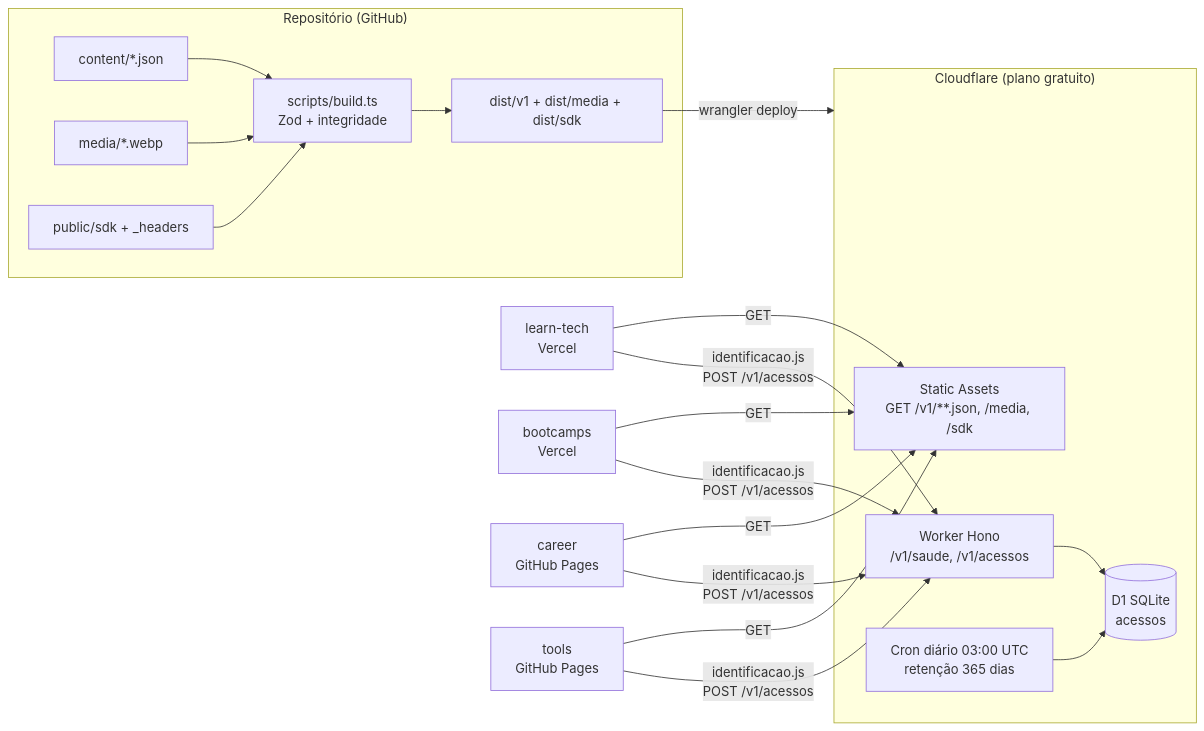
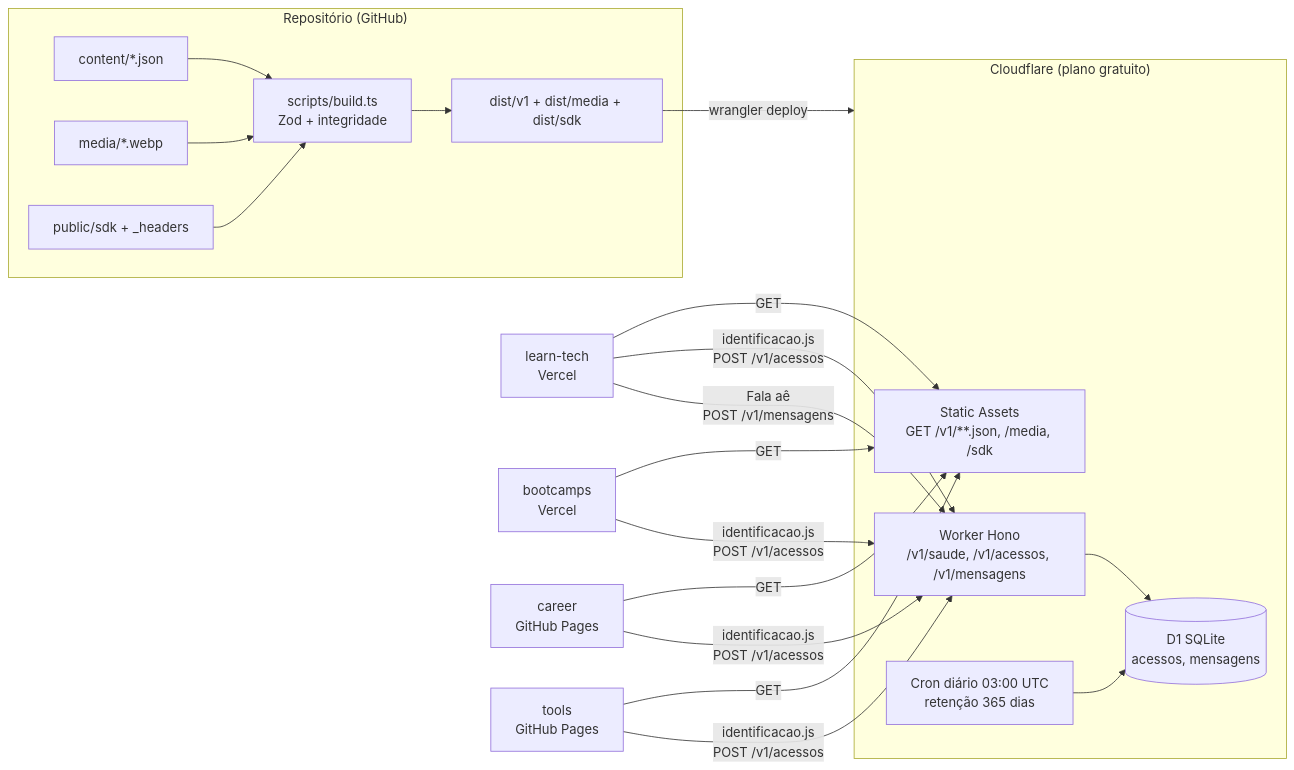
The diagram in docs/ARQUITETURA.md (douglasabnovato/learntech-content), drawn with Mermaid before and after one commit. The commit also changed other lines of this file and 50 other files, not shown here.

````diff
--- a/docs/ARQUITETURA.md
+++ b/docs/ARQUITETURA.md
@@ -5,23 +5,24 @@
 ```mermaid
 flowchart LR
   subgraph Git["Repositório (GitHub)"]
     C[content/*.json] --> B[scripts/build.ts<br/>Zod + integridade]
     M[media/*.webp] --> B
     P[public/sdk + _headers] --> B
     B --> D[dist/v1 + dist/media + dist/sdk]
   end
   D -->|wrangler deploy| CF
   subgraph CF["Cloudflare (plano gratuito)"]
     SA[Static Assets<br/>GET /v1/**.json, /media, /sdk]
-    W[Worker Hono<br/>/v1/saude, /v1/acessos]
-    DB[(D1 SQLite<br/>acessos)]
+    W[Worker Hono<br/>/v1/saude, /v1/acessos, /v1/mensagens]
+    DB[(D1 SQLite<br/>acessos, mensagens)]
     CR[Cron diário 03:00 UTC<br/>retenção 365 dias]
     W --> DB
     CR --> DB
   end
   LT[learn-tech<br/>Vercel] -->|GET| SA
   BC[bootcamps<br/>Vercel] -->|GET| SA
   CA[career<br/>GitHub Pages] -->|GET| SA
   TO[tools<br/>GitHub Pages] -->|GET| SA
   LT & BC & CA & TO -->|identificacao.js<br/>POST /v1/acessos| W
+  LT -->|Fala aê<br/>POST /v1/mensagens| W
 ```
````
